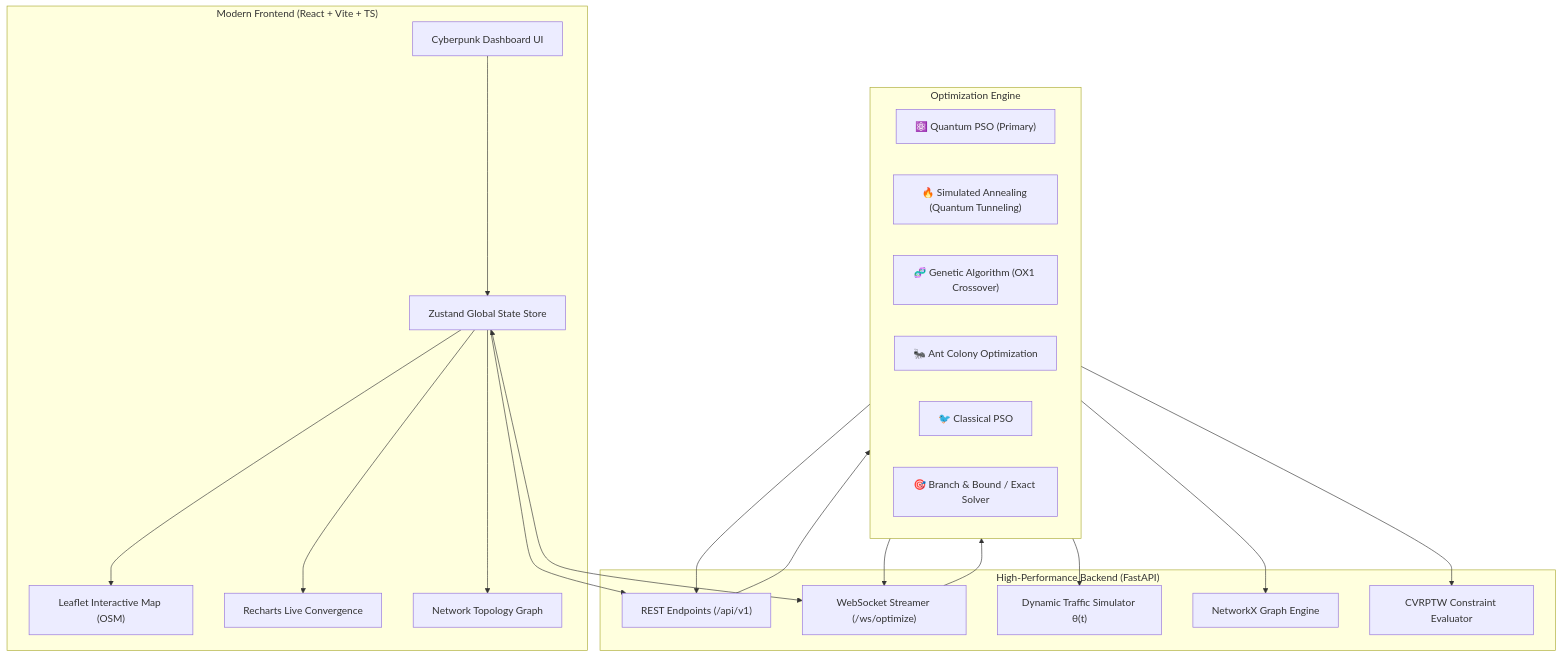
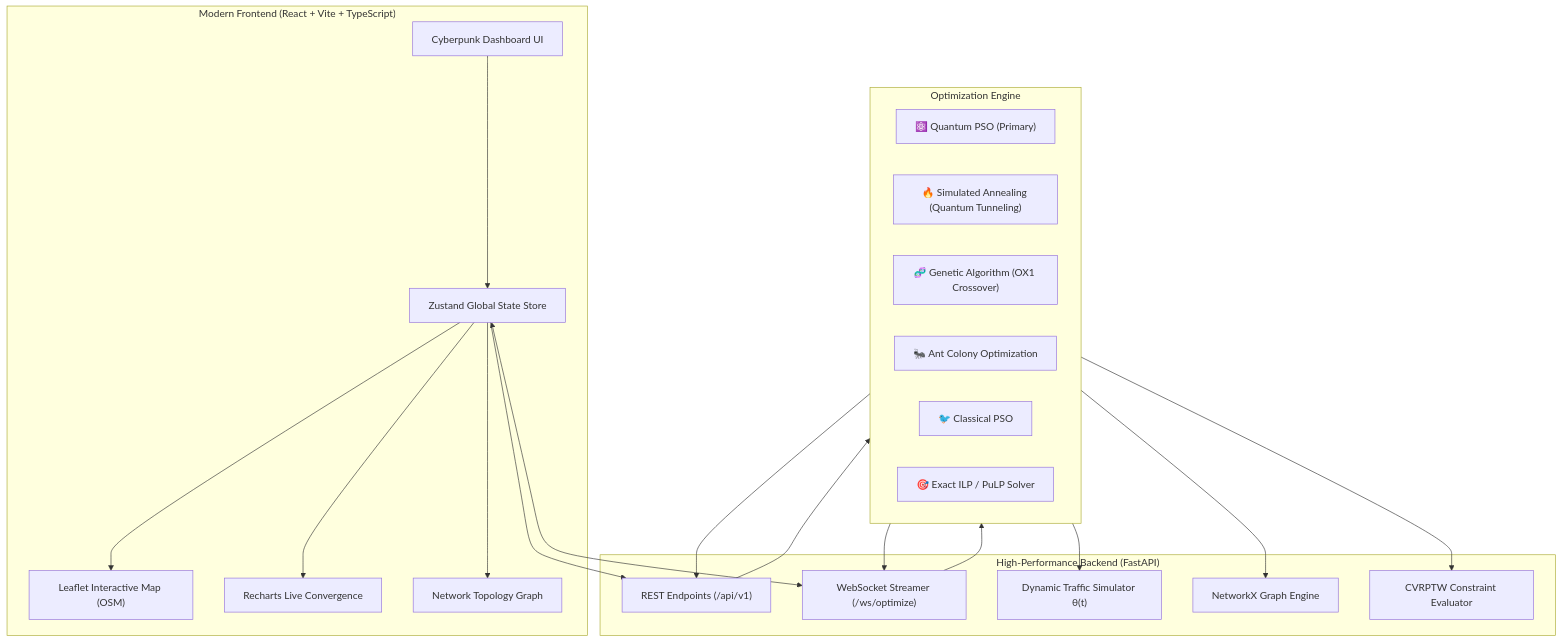
One commit to aadarsh2006ak/Traffic-Route-Optimization-in-Transportation-Systems-Using-Metaheuristic-Optimization changed the diagram in README.md. Above: the diagram before and after it, drawn with Mermaid. The commit also changed other lines of this file and 14 other files, not shown here.

````diff
--- a/README.md
+++ b/README.md
@@ -65,41 +68,41 @@
 ```mermaid
 flowchart TD
-    subgraph Frontend["Modern Frontend (React + Vite + TS)"]
+    subgraph Frontend["Modern Frontend (React + Vite + TypeScript)"]
         UI["Cyberpunk Dashboard UI"]
         Map["Leaflet Interactive Map (OSM)"]
         Charts["Recharts Live Convergence"]
         Graph["Network Topology Graph"]
         Zustand["Zustand Global State Store"]
     end
 
     subgraph Backend["High-Performance Backend (FastAPI)"]
         API["REST Endpoints (/api/v1)"]
         WS["WebSocket Streamer (/ws/optimize)"]
         Traffic["Dynamic Traffic Simulator θ(t)"]
         NetX["NetworkX Graph Engine"]
         CVRP["CVRPTW Constraint Evaluator"]
     end
 
     subgraph Algorithms["Optimization Engine"]
         QPSO["⚛️ Quantum PSO (Primary)"]
         SA["🔥 Simulated Annealing (Quantum Tunneling)"]
         GA["🧬 Genetic Algorithm (OX1 Crossover)"]
         ACO["🐜 Ant Colony Optimization"]
         PSO["🐦 Classical PSO"]
-        Exact["🎯 Branch & Bound / Exact Solver"]
+        Exact["🎯 Exact ILP / PuLP Solver"]
     end
 
     UI --> Zustand
     Zustand --> API
     Zustand <--> WS
     API --> Algorithms
     WS --> Algorithms
     Algorithms --> Traffic
     Algorithms --> NetX
     Algorithms --> CVRP
     Algorithms --> API
     Algorithms --> WS
     Zustand --> Map
     Zustand --> Charts
     Zustand --> Graph
 ```
````
